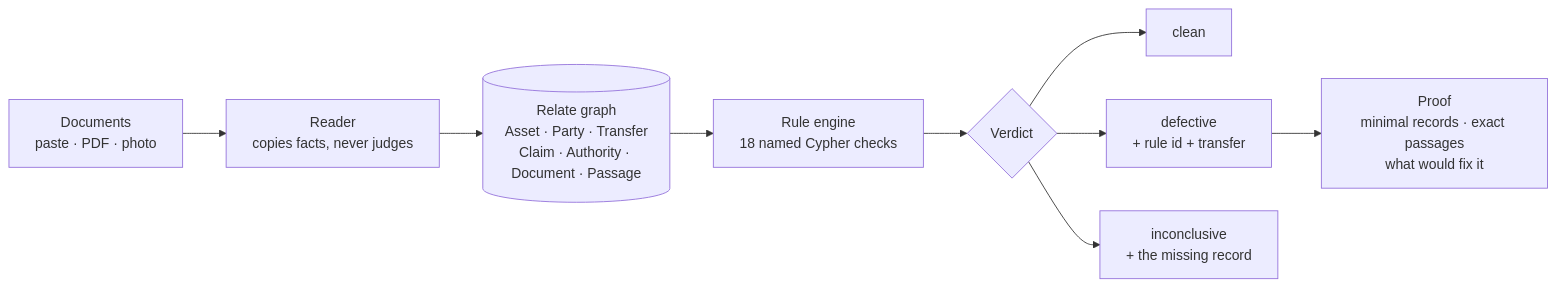
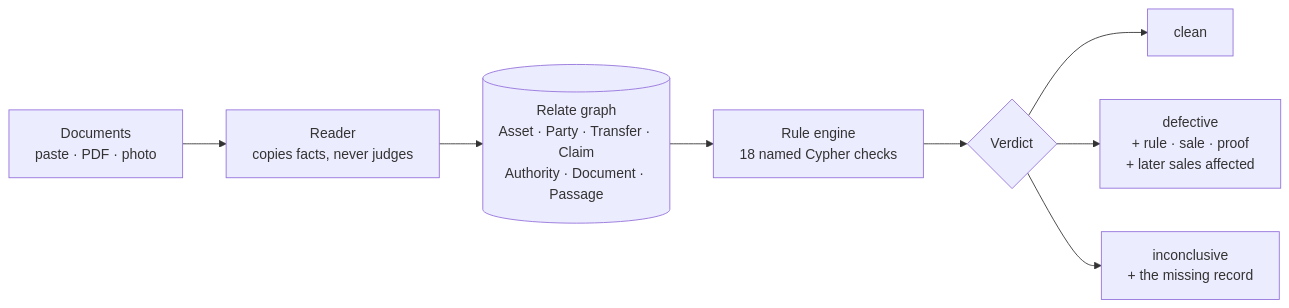
The diagram in README.md (samuel025/vestigium), drawn with Mermaid before and after one commit. The commit also changed other lines of this file and 8 other files, not shown here.

````diff
--- a/README.md
+++ b/README.md
@@ -89,11 +55,10 @@
 ```mermaid
 flowchart LR
   D["Documents<br/>paste · PDF · photo"] --> R["Reader<br/>copies facts, never judges"]
-  R --> G[("Relate graph<br/>Asset · Party · Transfer<br/>Claim · Authority · Document · Passage")]
+  R --> G[("Relate graph<br/>Asset · Party · Transfer · Claim<br/>Authority · Document · Passage")]
   G --> E["Rule engine<br/>18 named Cypher checks"]
   E --> V{"Verdict"}
   V --> C["clean"]
-  V --> X["defective<br/>+ rule id + transfer"]
+  V --> X["defective<br/>+ rule · sale · proof<br/>+ later sales affected"]
   V --> I["inconclusive<br/>+ the missing record"]
-  X --> P["Proof<br/>minimal records · exact passages<br/>what would fix it"]
 ```
````
